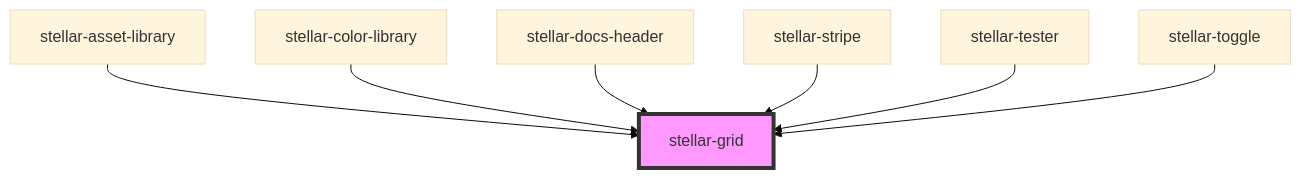
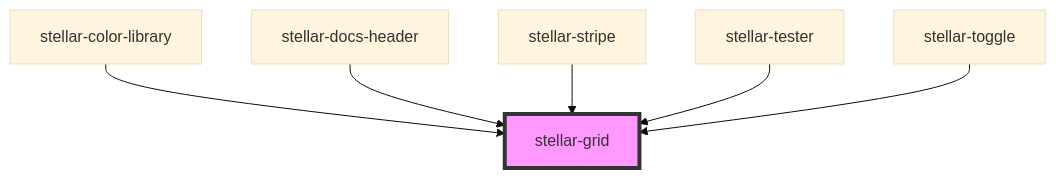
Before and after one commit to splitinfinities/Stellar: the diagram in src/components/ui/grid/readme.md, drawn with Mermaid (base theme). The commit also changed other lines of this file and 49 other files, not shown here.

````diff
--- a/src/components/ui/grid/readme.md
+++ b/src/components/ui/grid/readme.md
@@ -60,10 +59,9 @@
 ```mermaid
 graph TD;
-  stellar-asset-library --> stellar-grid
   stellar-color-library --> stellar-grid
   stellar-docs-header --> stellar-grid
   stellar-stripe --> stellar-grid
   stellar-tester --> stellar-grid
   stellar-toggle --> stellar-grid
   style stellar-grid fill:#f9f,stroke:#333,stroke-width:4px
 ```
````
